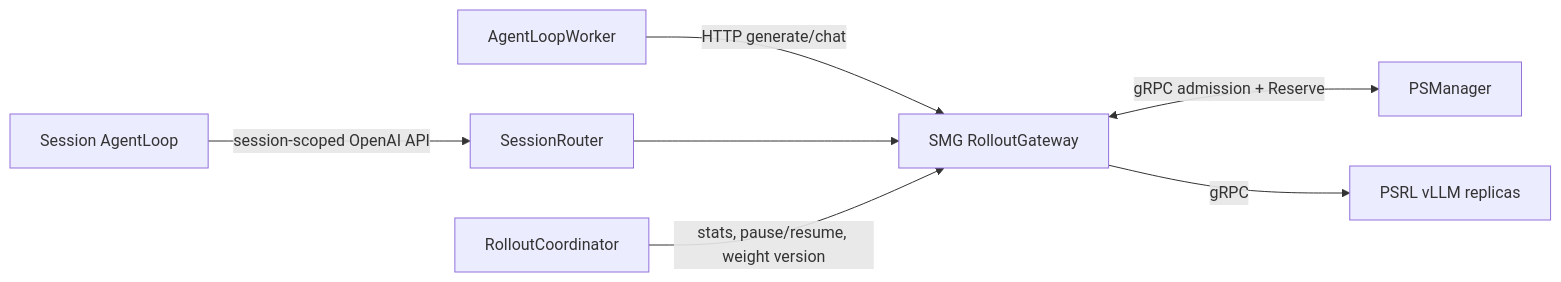
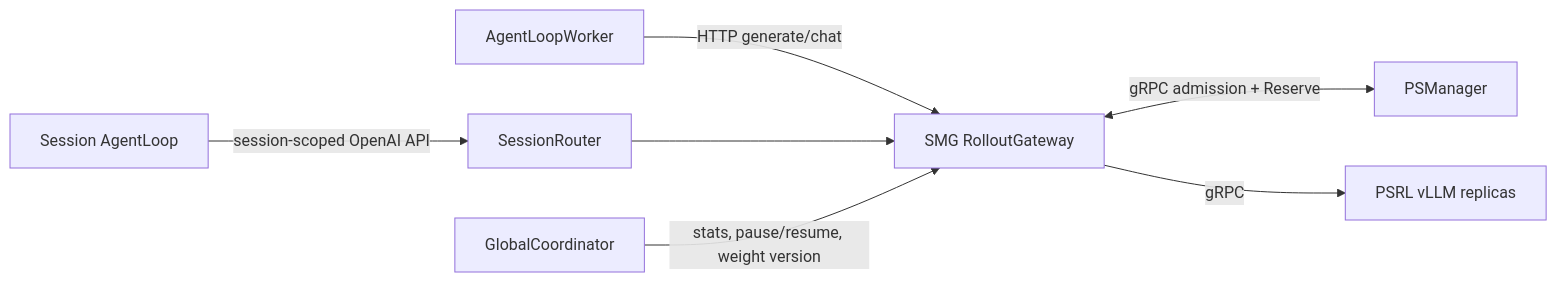
One commit to victor-yfzhao/psrl changed the diagram in docs/design/router_tito.md. Above: the diagram before and after it, drawn with Mermaid. The commit also changed other lines of this file and 49 other files, not shown here.

Commit message:
refactor(coordinator): keep `GloabalCoordinator` only, deprecated `RolloutCoordinator` & `RewardModelCoordinator`

````diff
--- a/docs/design/router_tito.md
+++ b/docs/design/router_tito.md
@@ -9,9 +9,9 @@
 ```{mermaid}
 flowchart LR
     ALW["AgentLoopWorker"] -->|"HTTP generate/chat"| SMG["SMG RolloutGateway"]
     SALW["Session AgentLoop"] -->|"session-scoped OpenAI API"| SR["SessionRouter"]
     SR --> SMG
     SMG <-->|"gRPC admission + Reserve"| PSM["PSManager"]
     SMG -->|"gRPC"| V["PSRL vLLM replicas"]
-    RC["RolloutCoordinator"] -->|"stats, pause/resume, weight version"| SMG
+    RC["GlobalCoordinator"] -->|"stats, pause/resume, weight version"| SMG
 ```
````
